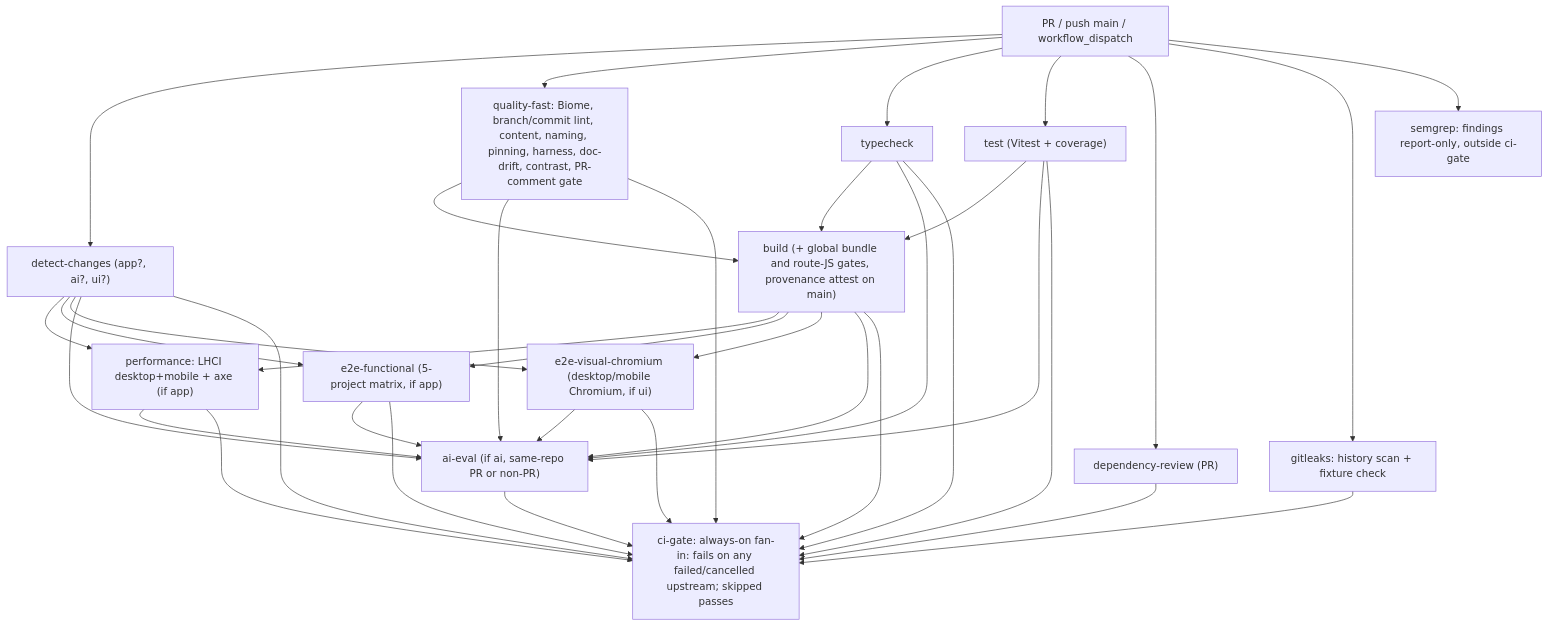
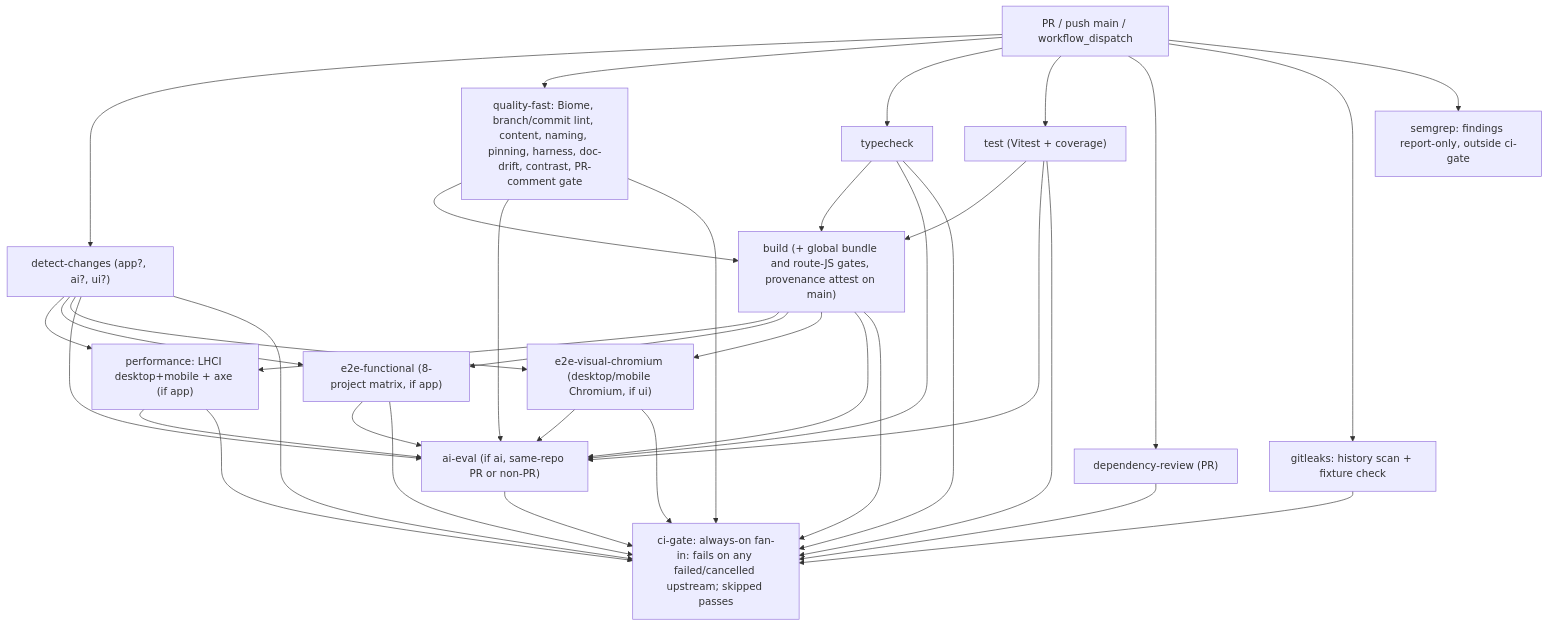
Before and after one commit to erikunha/portfolio: the second of 2 diagrams in docs/07-workflows.md, drawn with Mermaid. The commit also changed other lines of this file and 1 other file, not shown here.

Commit message:
test(ci): assert each e2e matrix project runs exactly one test step
The e2e-functional job splits tests into two steps gated by complementary
conditions on matrix.project. A dropped or inverted condition runs a
project's tests twice or never, and the existing test only checked the
matrix list. Also corrects the Mermaid diagrams in docs/07-workflows.md
from 5-project to 8-project matrix.

````diff
--- a/docs/07-workflows.md
+++ b/docs/07-workflows.md
@@ -80,39 +80,39 @@
 ```mermaid
 flowchart TD
     pr["PR / push main / workflow_dispatch"] --> dc["detect-changes (app?, ai?, ui?)"]
     pr --> qf["quality-fast: Biome, branch/commit lint, content, naming, pinning, harness, doc-drift, contrast, PR-comment gate"]
     pr --> tc["typecheck"]
     pr --> t["test (Vitest + coverage)"]
     pr --> dr["dependency-review (PR)"]
     qf --> b["build (+ global bundle and route-JS gates, provenance attest on main)"]
     tc --> b
     t --> b
     b --> perf["performance: LHCI desktop+mobile + axe (if app)"]
-    b --> e2e["e2e-functional (5-project matrix, if app)"]
+    b --> e2e["e2e-functional (8-project matrix, if app)"]
     b --> vis["e2e-visual-chromium (desktop/mobile Chromium, if ui)"]
     dc --> perf
     dc --> e2e
     dc --> vis
     dc --> ev
     qf --> ev
     tc --> ev
     t --> ev
     b --> ev["ai-eval (if ai, same-repo PR or non-PR)"]
     perf --> ev
     e2e --> ev
     vis --> ev
     pr --> secrets["gitleaks: history scan + fixture check"]
     secrets --> gate
     pr --> semgrep["semgrep: findings report-only, outside ci-gate"]
     dc --> gate
     qf --> gate
     tc --> gate
     t --> gate
     dr --> gate
     b --> gate
     perf --> gate
     e2e --> gate
     vis --> gate
     ev --> gate
     gate["ci-gate: always-on fan-in: fails on any failed/cancelled upstream; skipped passes"]
 ```
````
